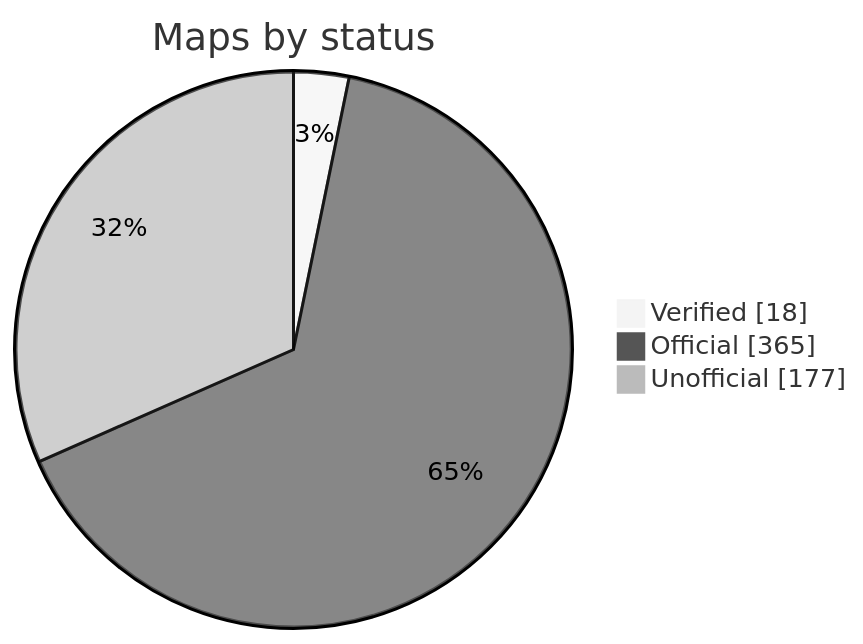
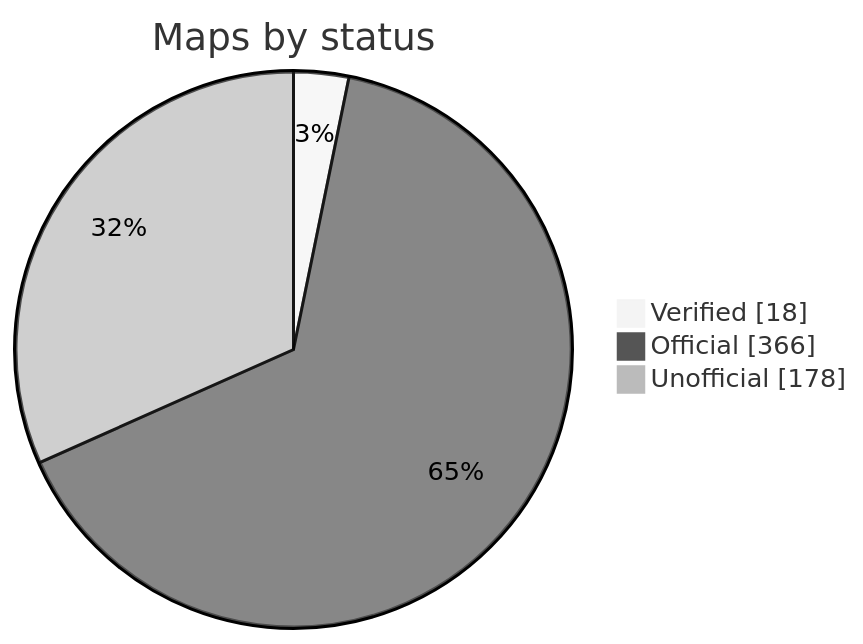
The diagram in README.md (nobrega8/mbmap-library), drawn with Mermaid (neutral theme) before and after one commit. The commit also changed 7 other files, not shown here.

````diff
--- a/README.md
+++ b/README.md
@@ -52,7 +52,7 @@
 ```mermaid
 pie showData
     title Maps by status
     "Verified" : 18
-    "Official" : 365
-    "Unofficial" : 177
+    "Official" : 366
+    "Unofficial" : 178
 ```
````
